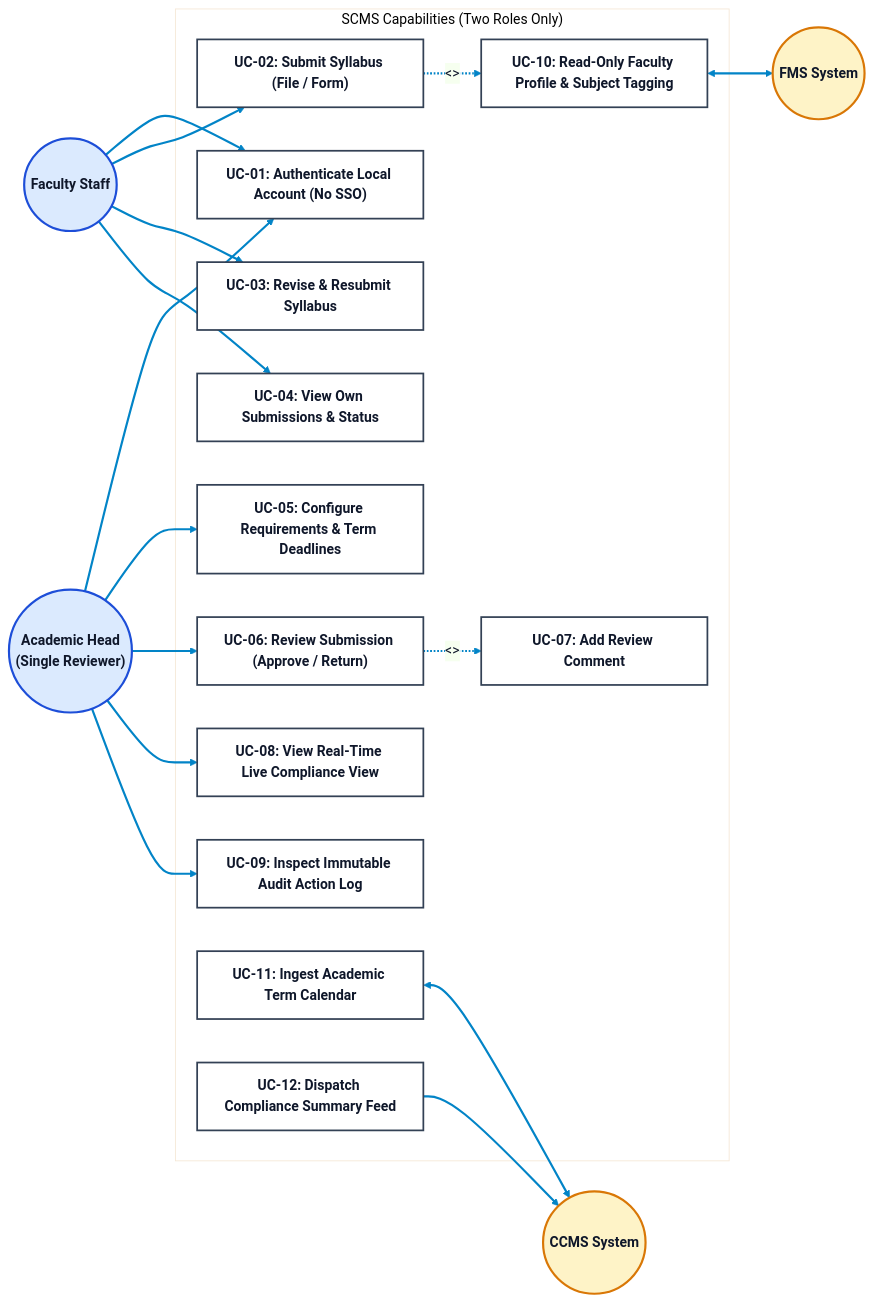
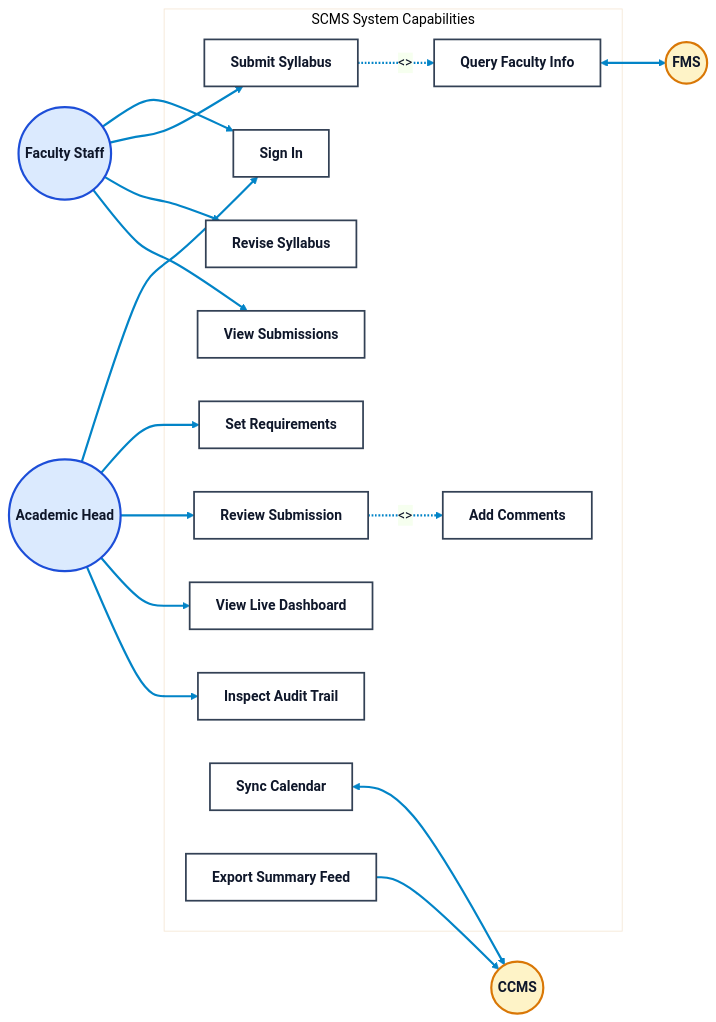
Before and after one commit to EducRodTablizo/Capstone-SCMS: the fourth of 7 diagrams in docs/system_architecture_and_diagrams.md, drawn with Mermaid. The commit also changed other lines of this file and 70 other files, not shown here.

Commit message:
feat(sprint-1): complete Sprint 1 with local sign-in, role scoping, and RA 10173 data privacy controls

````diff
--- a/docs/system_architecture_and_diagrams.md
+++ b/docs/system_architecture_and_diagrams.md
@@ -235,47 +220,47 @@
 ```mermaid
 %%{init: {'theme': 'base', 'themeVariables': { 'darkMode': false, 'background': '#FFFFFF', 'primaryColor': '#EFF6FF', 'primaryTextColor': '#0F172A', 'primaryBorderColor': '#1E293B', 'lineColor': '#0284C7' }}}%%
 flowchart LR
     classDef actorNode fill:#DBEAFE,stroke:#1D4ED8,stroke-width:2.5px,color:#0F172A,font-weight:bold;
     classDef ucNode fill:#FFFFFF,stroke:#334155,stroke-width:2px,color:#0F172A,font-weight:bold;
     classDef extNode fill:#FEF3C7,stroke:#D97706,stroke-width:2.5px,color:#0F172A,font-weight:bold;
 
     Faculty(("Faculty Staff")):::actorNode
-    AcadHead(("Academic Head\n(Single Reviewer)")):::actorNode
-    FMS_Sys(("FMS System")):::extNode
-    CCMS_Sys(("CCMS System")):::extNode
+    AcadHead(("Academic Head")):::actorNode
+    FMS_Sys(("FMS")):::extNode
+    CCMS_Sys(("CCMS")):::extNode
 
-    subgraph System_Scope [" SCMS Capabilities (Two Roles Only) "]
-        UC_Login["UC-01: Authenticate Local Account (No SSO)"]:::ucNode
-        UC_Submit["UC-02: Submit Syllabus (File / Form)"]:::ucNode
-        UC_Revise["UC-03: Revise & Resubmit Syllabus"]:::ucNode
-        UC_ViewStatus["UC-04: View Own Submissions & Status"]:::ucNode
-        UC_SetReq["UC-05: Configure Requirements & Term Deadlines"]:::ucNode
-        UC_Review["UC-06: Review Submission (Approve / Return)"]:::ucNode
-        UC_Comment["UC-07: Add Review Comment"]:::ucNode
-        UC_LiveView["UC-08: View Real-Time Live Compliance View"]:::ucNode
-        UC_Audit["UC-09: Inspect Immutable Audit Action Log"]:::ucNode
-        UC_FMSLookup["UC-10: Read-Only Faculty Profile & Subject Tagging"]:::ucNode
-        UC_CCMSSync["UC-11: Ingest Academic Term Calendar"]:::ucNode
-        UC_CCMSFeed["UC-12: Dispatch Compliance Summary Feed"]:::ucNode
+    subgraph SCMS [" SCMS System Capabilities "]
+        UC1["Sign In"]:::ucNode
+        UC2["Submit Syllabus"]:::ucNode
+        UC3["Revise Syllabus"]:::ucNode
+        UC4["View Submissions"]:::ucNode
+        UC5["Set Requirements"]:::ucNode
+        UC6["Review Submission"]:::ucNode
+        UC7["Add Comments"]:::ucNode
+        UC8["View Live Dashboard"]:::ucNode
+        UC9["Inspect Audit Trail"]:::ucNode
+        UC10["Query Faculty Info"]:::ucNode
+        UC11["Sync Calendar"]:::ucNode
+        UC12["Export Summary Feed"]:::ucNode
     end
 
-    Faculty --> UC_Login
-    Faculty --> UC_Submit
-    Faculty --> UC_Revise
-    Faculty --> UC_ViewStatus
+    Faculty --> UC1
+    Faculty --> UC2
+    Faculty --> UC3
+    Faculty --> UC4
 
-    AcadHead --> UC_Login
-    AcadHead --> UC_SetReq
-    AcadHead --> UC_Review
-    AcadHead --> UC_LiveView
-    AcadHead --> UC_Audit
+    AcadHead --> UC1
+    AcadHead --> UC5
+    AcadHead --> UC6
+    AcadHead --> UC8
+    AcadHead --> UC9
 
-    UC_Review -. "<<include>>" .-> UC_Comment
-    UC_Submit -. "<<include>>" .-> UC_FMSLookup
+    UC6 -. "<<include>>" .-> UC7
+    UC2 -. "<<include>>" .-> UC10
 
-    UC_FMSLookup <--> FMS_Sys
-    UC_CCMSSync <--> CCMS_Sys
-    UC_CCMSFeed --> CCMS_Sys
+    UC10 <--> FMS_Sys
+    UC11 <--> CCMS_Sys
+    UC12 --> CCMS_Sys
 
     linkStyle default stroke:#0284C7,stroke-width:2.5px;
 ```
````
